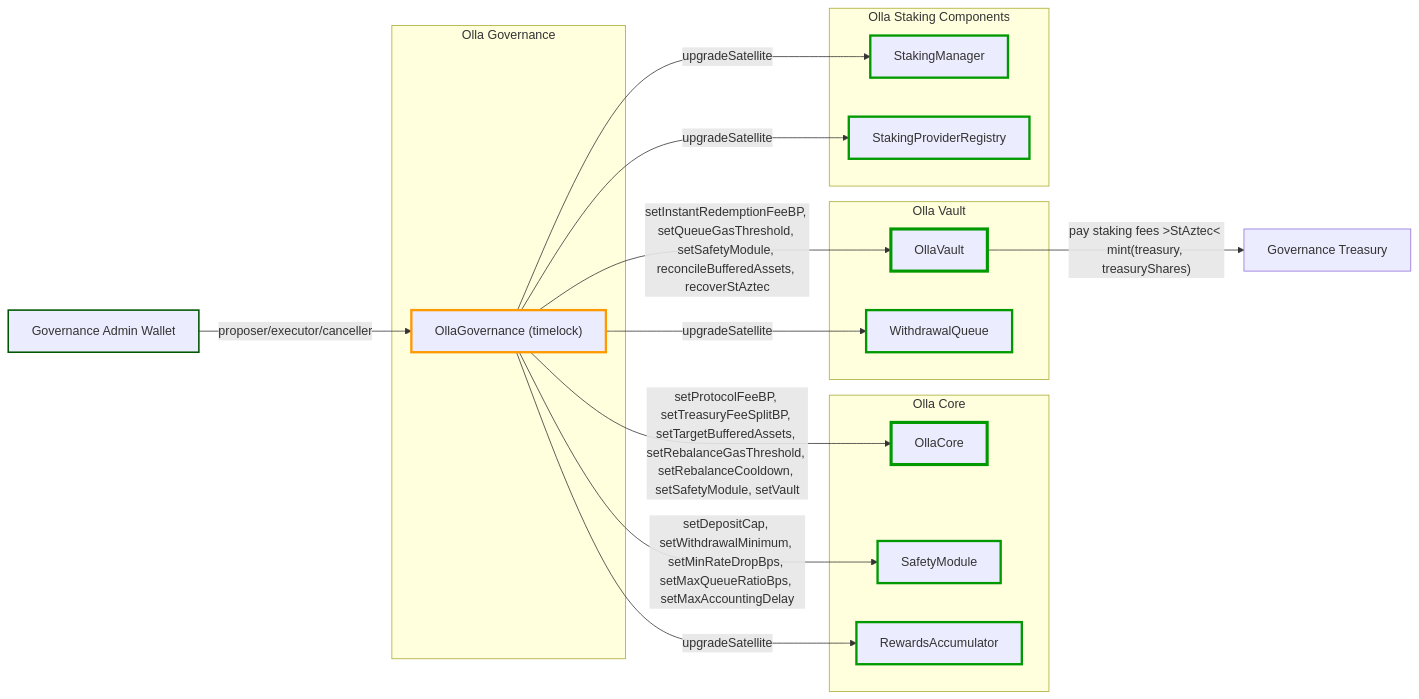
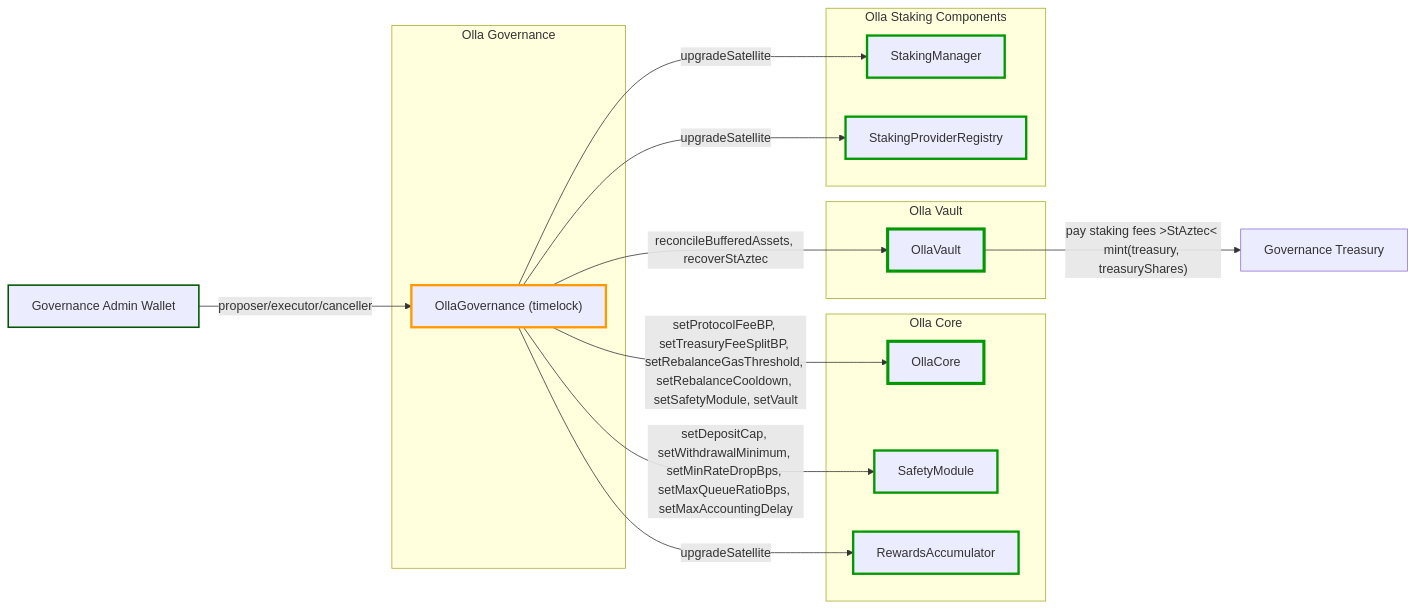
One commit to ollafinance/core changed the seventh of 7 diagrams in docs/architecture/overview.md. Above: the diagram before and after it, drawn with Mermaid. The commit also changed other lines of this file and 180 other files, not shown here.

````diff
--- a/docs/architecture/overview.md
+++ b/docs/architecture/overview.md
@@ -378,46 +376,43 @@
 ```mermaid
 flowchart LR
 
 governanceAdminWallet[Governance Admin Wallet]
 treasury[Governance Treasury]
 
 subgraph "Olla Governance"
     ollaGov["OllaGovernance (timelock)"]
 end
 
 governanceAdminWallet -->|"proposer/executor/canceller"| ollaGov
 
 subgraph "Olla Core"
     core[OllaCore]
     safety[SafetyModule]
     rewards[RewardsAccumulator]
 end
 subgraph "Olla Vault"
     vault[OllaVault]
-    withdrawQ[WithdrawalQueue]
 end
 subgraph "Olla Staking Components"
     stkMan[StakingManager]
     spr[StakingProviderRegistry]
 end
 
-ollaGov -->|"setProtocolFeeBP, setTreasuryFeeSplitBP, setTargetBufferedAssets, setRebalanceGasThreshold, setRebalanceCooldown, setSafetyModule, setVault"| core
-ollaGov -->|"setInstantRedemptionFeeBP, setQueueGasThreshold, setSafetyModule, reconcileBufferedAssets, recoverStAztec"| vault
+ollaGov -->|"setProtocolFeeBP, setTreasuryFeeSplitBP, setRebalanceGasThreshold, setRebalanceCooldown, setSafetyModule, setVault"| core
+ollaGov -->|"reconcileBufferedAssets, recoverStAztec"| vault
 ollaGov -->|"setDepositCap, setWithdrawalMinimum, setMinRateDropBps, setMaxQueueRatioBps, setMaxAccountingDelay"| safety
-ollaGov -->|"upgradeSatellite"| withdrawQ
 ollaGov -->|"upgradeSatellite"| rewards
 ollaGov -->|"upgradeSatellite"| stkMan
 ollaGov -->|"upgradeSatellite"| spr
 
 vault -->|"pay staking fees >StAztec< mint(treasury, treasuryShares)"| treasury
 
 style governanceAdminWallet stroke:#050,stroke-width:2px
 style ollaGov stroke:#f90,stroke-width:3px
 style core stroke:#090,stroke-width:4px
 style vault stroke:#090,stroke-width:4px
 style safety stroke:#090,stroke-width:3px
 style rewards stroke:#090,stroke-width:3px
 style stkMan stroke:#090,stroke-width:3px
 style spr stroke:#090,stroke-width:3px
-style withdrawQ stroke:#090,stroke-width:3px
 ```
````
